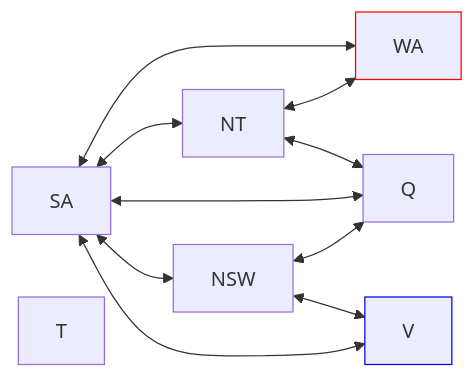
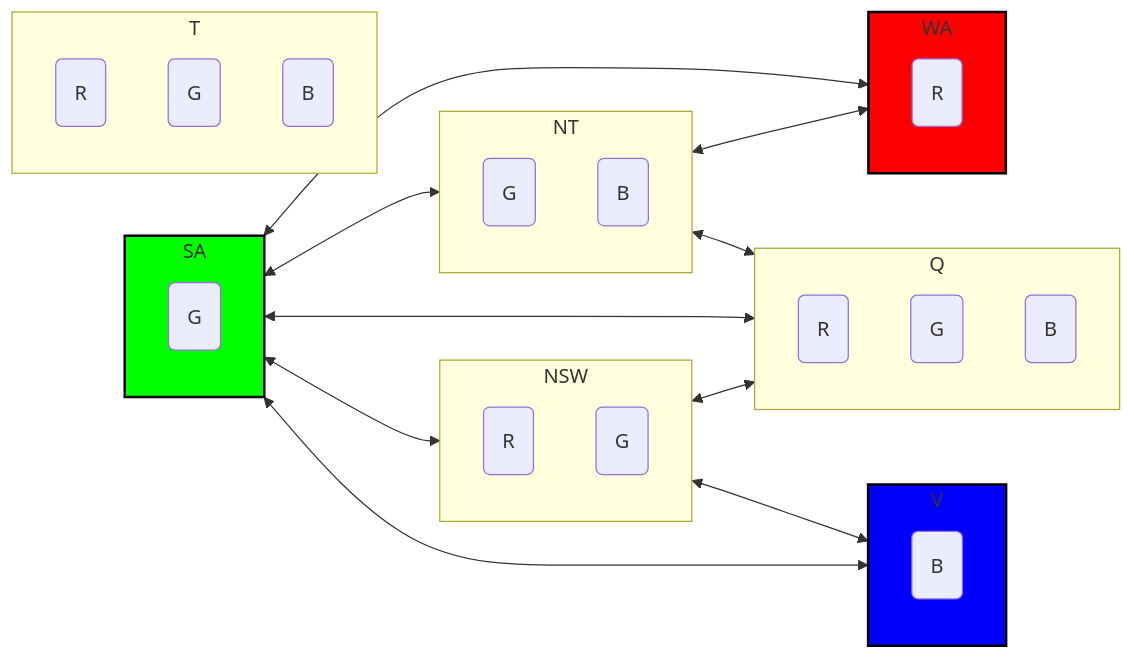
Before and after one commit to MightyHelper/ia-uncuyo-2023: the third of 5 diagrams in tp6-csp/tp6-reporte.md, drawn with Mermaid. The commit also changed other lines of this file and 6 other files, not shown here.

````diff
--- a/tp6-csp/tp6-reporte.md
+++ b/tp6-csp/tp6-reporte.md
@@ -33,9 +104,36 @@
 ```mermaid
 graph LR
+    subgraph WA
+        WA_R(R)
+    end
+    subgraph NT
+        NT_G(G)
+        NT_B(B)
+    end
+    subgraph Q
+        Q_R(R)
+        Q_G(G)
+        Q_B(B)
+    end
+    subgraph NSW
+        NSW_R(R)
+        NSW_G(G)
+    end
+    subgraph V
+        V_B(B)
+    end
+    subgraph SA
+        SA_G(G)
+    end
+    subgraph T
+        T_R(R)
+        T_G(G)
+        T_B(B)
+    end
     SA <--> WA & NT & Q & NSW & V
     NT <--> WA & Q
     NSW <--> Q & V
-    T
-    style WA stroke: red
-    style V stroke: blue
+    style WA fill:#ff0000,stroke:#000,stroke-width:2px
+    style V fill:#0000ff,stroke:#000,stroke-width:2px
+    style SA fill:#00ff00,stroke:#000,stroke-width:2px
 ```
````
